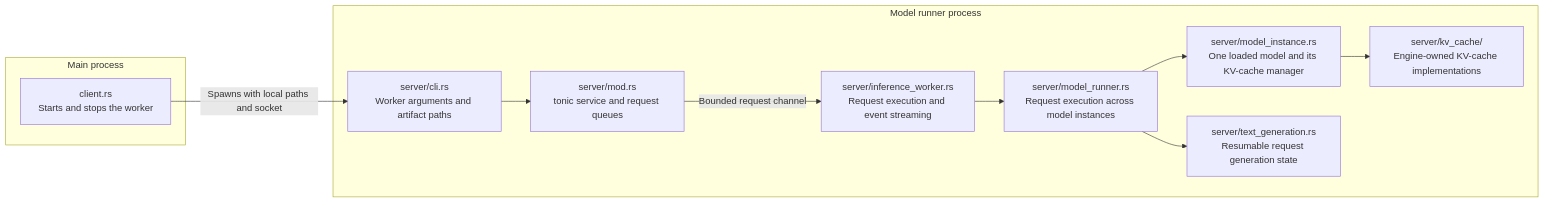
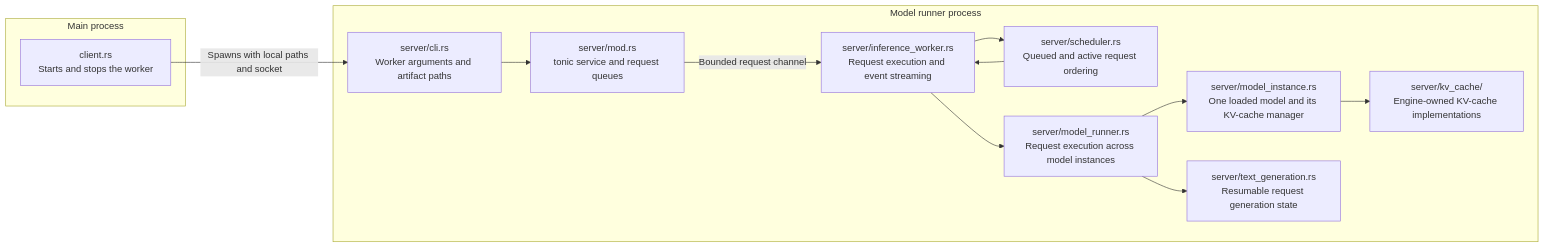
Before and after one commit to lun0522/mini-vllm-rs: the first of 2 diagrams in src/model_runner/README.md, drawn with Mermaid. The commit also changed other lines of this file and 3 other files, not shown here.

First line of the commit message:
Feature: Add request admission scheduler foundation

````diff
--- a/src/model_runner/README.md
+++ b/src/model_runner/README.md
@@ -6,24 +6,27 @@
 ```mermaid
 flowchart LR
     subgraph Main[Main process]
         Client["client.rs<br/>Starts and stops the worker"]
     end
 
     subgraph Worker[Model runner process]
         Server["server/mod.rs<br/>tonic service and request queues"]
         Cli["server/cli.rs<br/>Worker arguments and artifact paths"]
         KvCache["server/kv_cache/<br/>Engine-owned KV-cache implementations"]
         InferenceWorker["server/inference_worker.rs<br/>Request execution and event streaming"]
+        Scheduler["server/scheduler.rs<br/>Queued and active request ordering"]
         ModelRunner["server/model_runner.rs<br/>Request execution across model instances"]
         ModelInstance["server/model_instance.rs<br/>One loaded model and its KV-cache manager"]
         TextGeneration["server/text_generation.rs<br/>Resumable request generation state"]
     end
 
     Client -->|"Spawns with local paths and socket"| Cli
     Cli --> Server
     Server -->|"Bounded request channel"| InferenceWorker
+    InferenceWorker --> Scheduler
+    Scheduler --> InferenceWorker
     InferenceWorker --> ModelRunner
     ModelRunner --> ModelInstance
     ModelInstance --> KvCache
     ModelRunner --> TextGeneration
 ```
````
